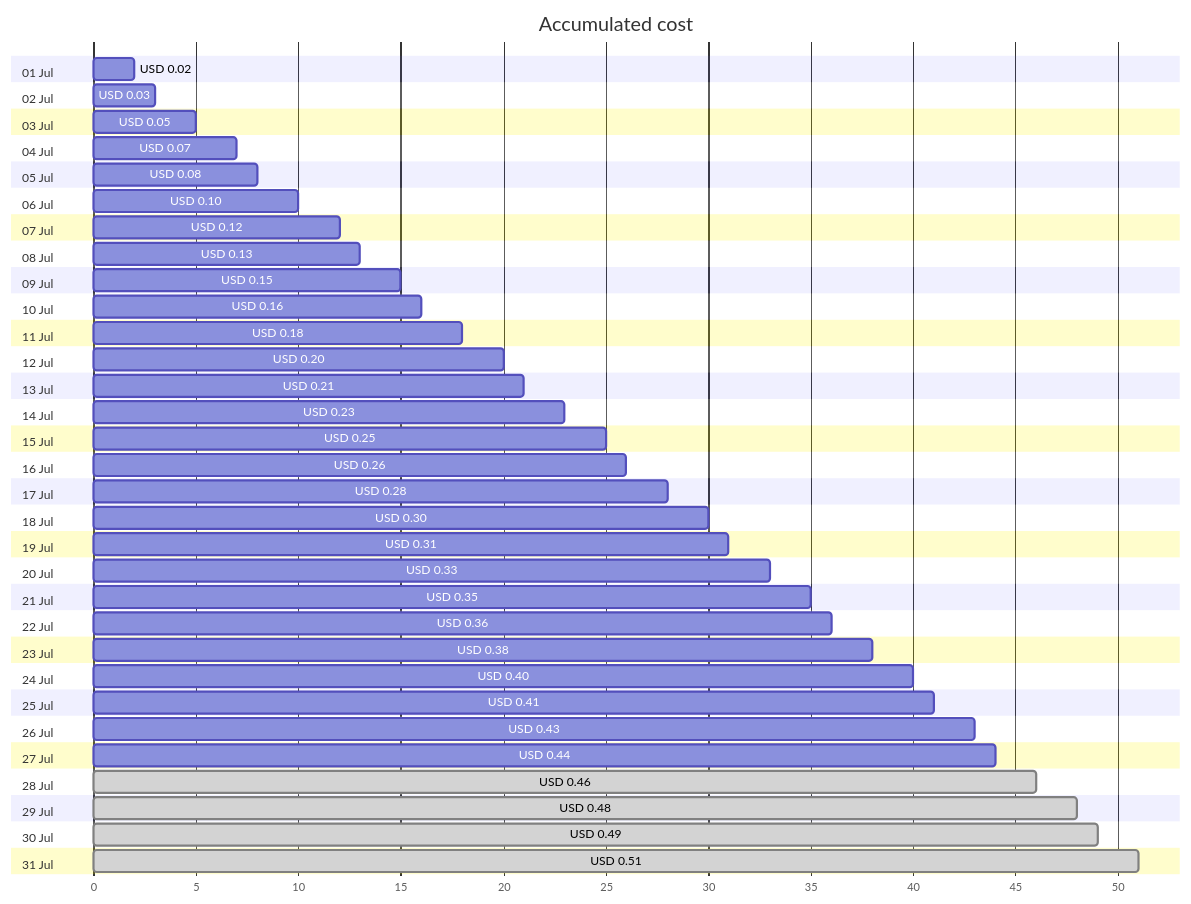
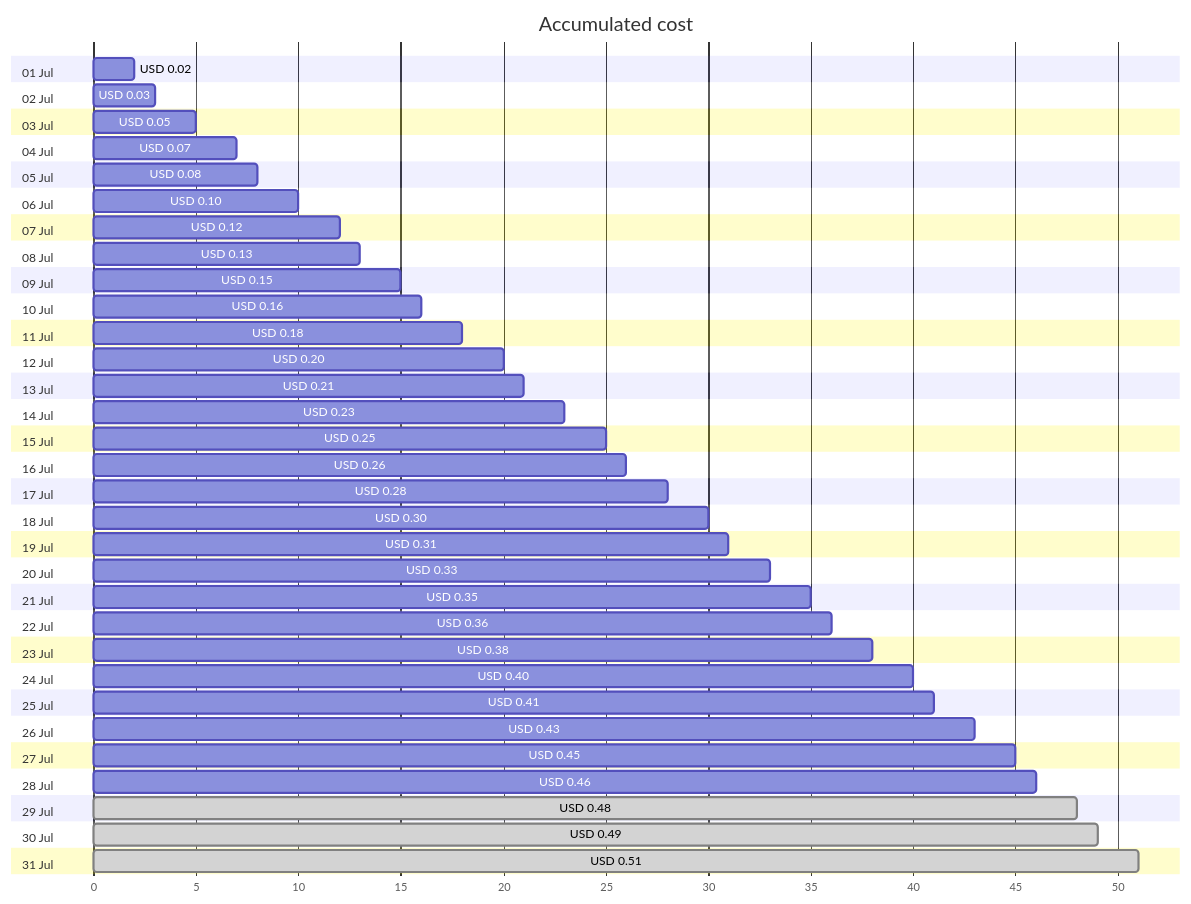
One commit to jpfulton/azure-personal-reports changed the first of 4 diagrams in cost-reports/personal-dns/jpatrickfulton.com.md. Above: the diagram before and after it, drawn with Mermaid. The commit also changed other lines of this file and 2 other files, not shown here.

````diff
--- a/cost-reports/personal-dns/jpatrickfulton.com.md
+++ b/cost-reports/personal-dns/jpatrickfulton.com.md
@@ -20,68 +20,68 @@
 ```mermaid
 gantt
    title Accumulated cost
    dateFormat  X
    axisFormat %s
    section 01 Jul
    USD 0.02 :0, 2
    section 02 Jul
    USD 0.03 :0, 3
    section 03 Jul
    USD 0.05 :0, 5
    section 04 Jul
    USD 0.07 :0, 7
    section 05 Jul
    USD 0.08 :0, 8
    section 06 Jul
    USD 0.10 :0, 10
    section 07 Jul
    USD 0.12 :0, 12
    section 08 Jul
    USD 0.13 :0, 13
    section 09 Jul
    USD 0.15 :0, 15
    section 10 Jul
    USD 0.16 :0, 16
    section 11 Jul
    USD 0.18 :0, 18
    section 12 Jul
    USD 0.20 :0, 20
    section 13 Jul
    USD 0.21 :0, 21
    section 14 Jul
    USD 0.23 :0, 23
    section 15 Jul
    USD 0.25 :0, 25
    section 16 Jul
    USD 0.26 :0, 26
    section 17 Jul
    USD 0.28 :0, 28
    section 18 Jul
    USD 0.30 :0, 30
    section 19 Jul
    USD 0.31 :0, 31
    section 20 Jul
    USD 0.33 :0, 33
    section 21 Jul
    USD 0.35 :0, 35
    section 22 Jul
    USD 0.36 :0, 36
    section 23 Jul
    USD 0.38 :0, 38
    section 24 Jul
    USD 0.40 :0, 40
    section 25 Jul
    USD 0.41 :0, 41
    section 26 Jul
    USD 0.43 :0, 43
    section 27 Jul
-   USD 0.44 :0, 44
+   USD 0.45 :0, 45
    section 28 Jul
-   USD 0.46 : done, 0, 46
+   USD 0.46 :0, 46
    section 29 Jul
    USD 0.48 : done, 0, 48
    section 30 Jul
    USD 0.49 : done, 0, 49
    section 31 Jul
    USD 0.51 : done, 0, 51
 ```
````
